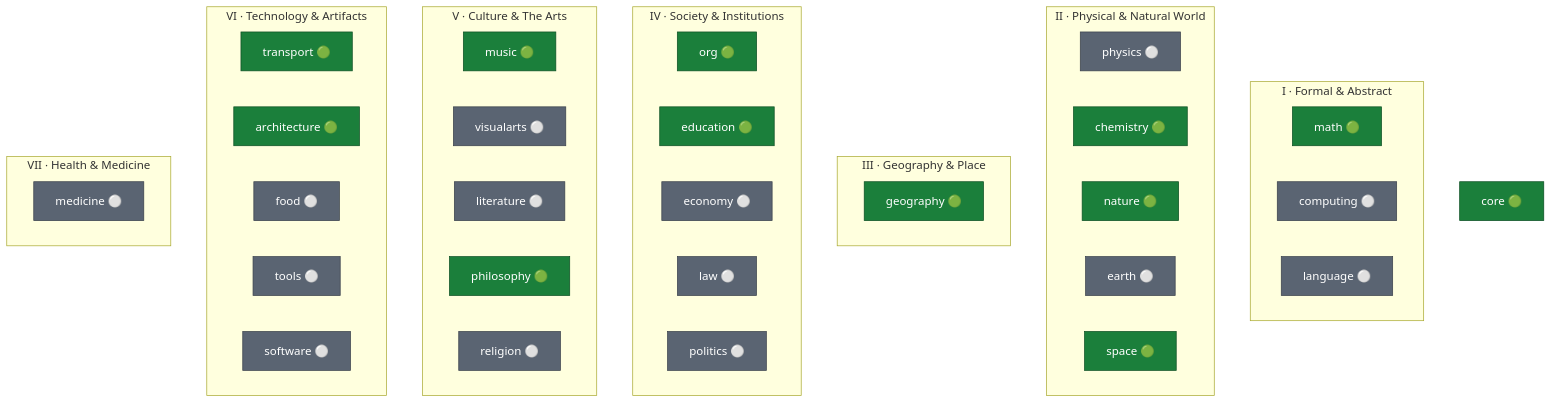
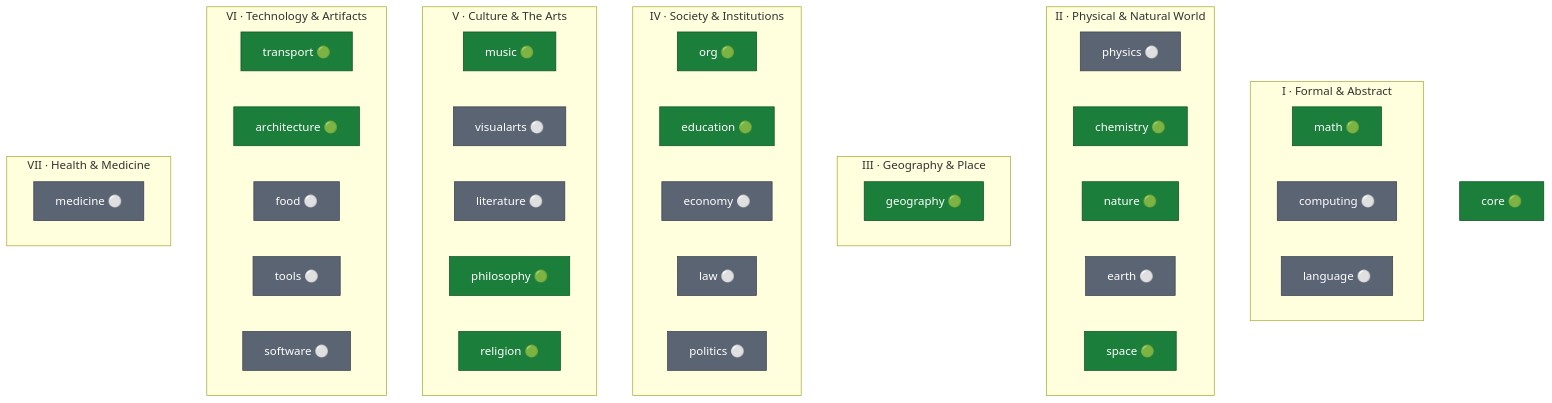
Before and after one commit to WMOOP/wmoop.doc: the first of 2 diagrams in docs/06-domain-taxonomy.md, drawn with Mermaid. The commit also changed other lines of this file and 6 other files, not shown here.

First line of the commit message:
feat(religion): seed wmoop.religion, the guide's worked example

````diff
--- a/docs/06-domain-taxonomy.md
+++ b/docs/06-domain-taxonomy.md
@@ -175,53 +180,53 @@
 ```mermaid
 flowchart TB
   core["core 🟢"]:::seed
 
   subgraph I["I · Formal & Abstract"]
     direction LR
     math["math 🟢"]:::seed
     computing["computing ⚪"]:::cand
     language["language ⚪"]:::cand
   end
   subgraph II["II · Physical & Natural World"]
     direction LR
     physics["physics ⚪"]:::cand
     chemistry["chemistry 🟢"]:::seed
     nature["nature 🟢"]:::seed
     earth["earth ⚪"]:::cand
     space["space 🟢"]:::seed
   end
   subgraph III["III · Geography & Place"]
     geography["geography 🟢"]:::seed
   end
   subgraph IV["IV · Society & Institutions"]
     direction LR
     org["org 🟢"]:::seed
     education["education 🟢"]:::seed
     economy["economy ⚪"]:::cand
     law["law ⚪"]:::cand
     politics["politics ⚪"]:::cand
   end
   subgraph V["V · Culture & The Arts"]
     direction LR
     music["music 🟢"]:::seed
     visualarts["visualarts ⚪"]:::cand
     literature["literature ⚪"]:::cand
     philosophy["philosophy 🟢"]:::seed
-    religion["religion ⚪"]:::cand
+    religion["religion 🟢"]:::seed
   end
   subgraph VI["VI · Technology & Artifacts"]
     direction LR
     transport["transport 🟢"]:::seed
     architecture["architecture 🟢"]:::seed
     food["food ⚪"]:::cand
     tools["tools ⚪"]:::cand
     software["software ⚪"]:::cand
   end
   subgraph VII["VII · Health & Medicine"]
     medicine["medicine ⚪"]:::cand
   end
 
   classDef seed fill:#1b7f3b,stroke:#0d5024,color:#fff;
   classDef plan fill:#b8860b,stroke:#7a5a07,color:#fff;
   classDef cand fill:#5a6472,stroke:#3a414b,color:#fff;
 ```
````
